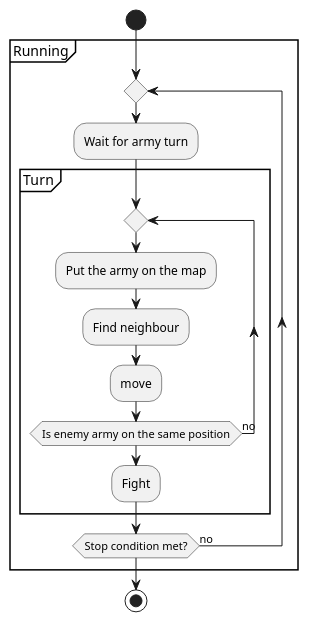
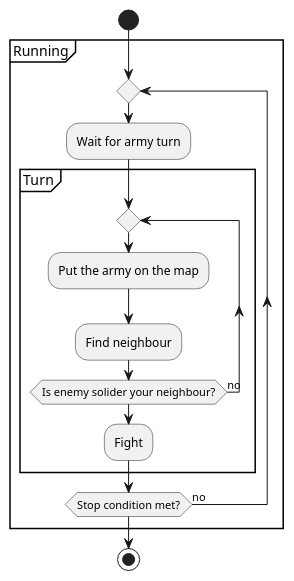
One commit to KlaudiuszKudla/Symulacja changed the diagram in src/main/java/project/Activity Move on the map.puml. Above: the diagram before and after it, drawn with PlantUML. The commit also changed 9 other files, not shown here.

```diff
--- a/src/main/java/project/Activity Move on the map.puml
+++ b/src/main/java/project/Activity Move on the map.puml
@@ -1,22 +1,21 @@
 @startuml
 'https://plantuml.com/activity-diagram-beta
 
 start
 partition Running{
 repeat
 :Wait for army turn;
 partition Turn{
 repeat
 :Put the army on the map;
 :Find neighbour;
 
-:move;
-repeat while (Is enemy army on the same position) is (no);
+repeat while (Is enemy solider your neighbour?) is (no);
 :Fight;
 
 }
 
 repeat while(Stop condition met?) is (no);
 }
 stop
 @enduml
```
